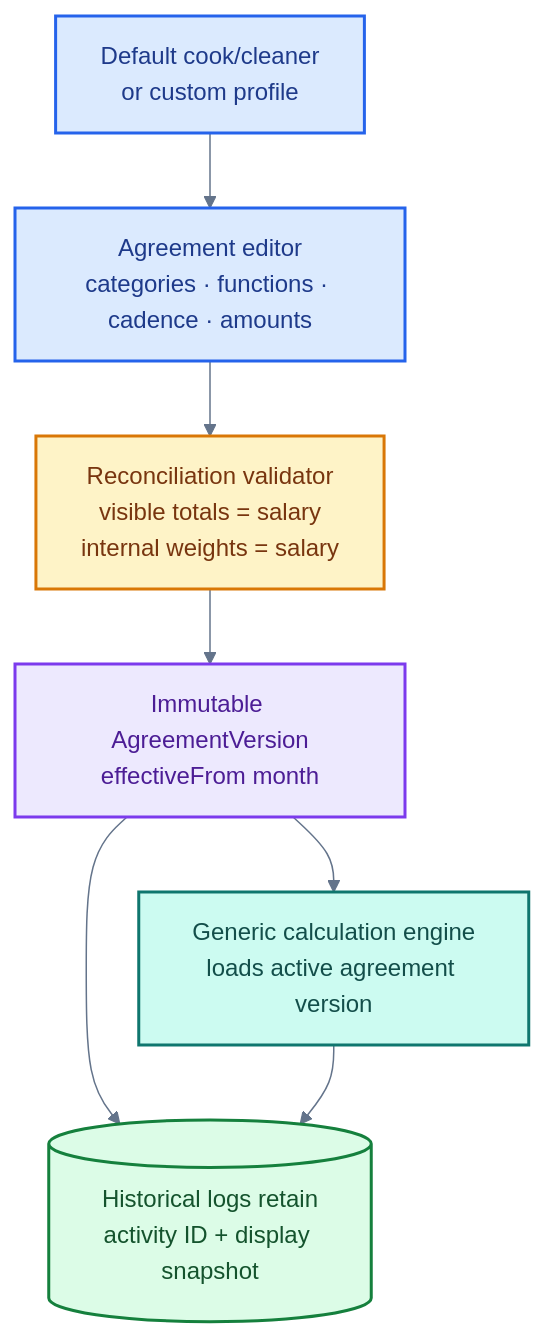
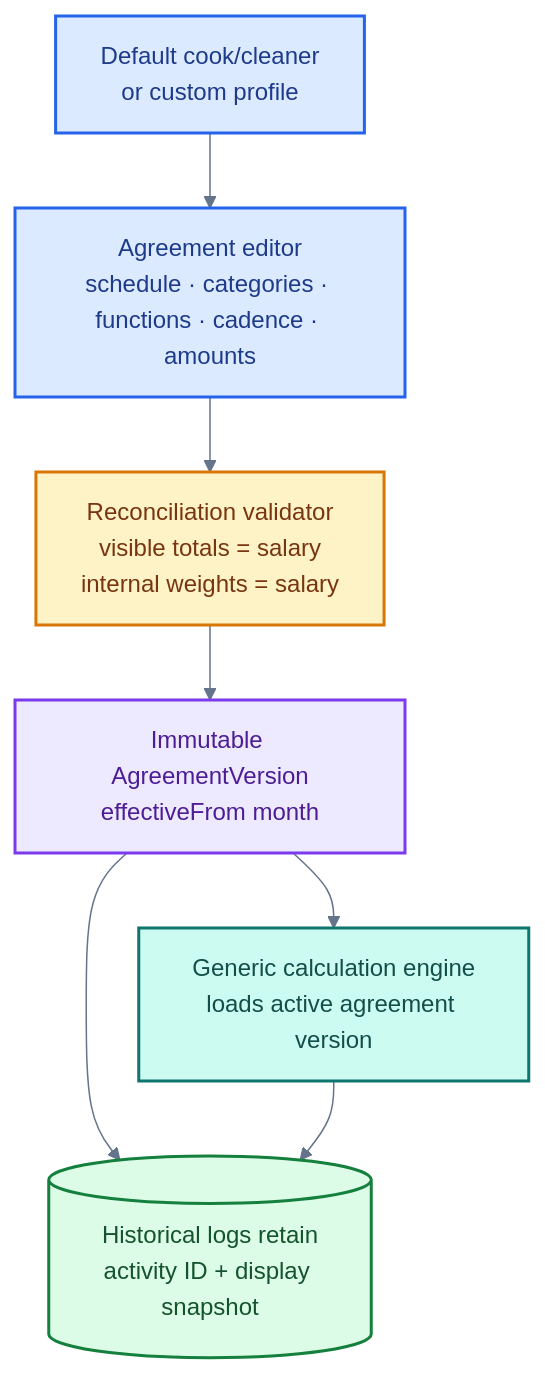
Before and after one commit to thechiranjeevjain/SaafHisaab: the tenth of 10 diagrams in docs/architecture/README.md, drawn with Mermaid. The commit also changed other lines of this file and 21 other files, not shown here.

````diff
--- a/docs/architecture/README.md
+++ b/docs/architecture/README.md
@@ -479,20 +488,20 @@
 ```mermaid
 %%{init: {"theme":"base","themeVariables":{"lineColor":"#64748b","fontFamily":"Inter,Segoe UI,sans-serif"}}}%%
 flowchart TB
   TEMPLATE[Default cook/cleaner<br/>or custom profile]:::current
-  EDITOR[Agreement editor<br/>categories · functions · cadence · amounts]:::current
+  EDITOR[Agreement editor<br/>schedule · categories · functions · cadence · amounts]:::current
   VALIDATE[Reconciliation validator<br/>visible totals = salary<br/>internal weights = salary]:::guard
   VERSION[Immutable AgreementVersion<br/>effectiveFrom month]:::version
   ENGINE[Generic calculation engine<br/>loads active agreement version]:::engine
   HISTORY[(Historical logs retain<br/>activity ID + display snapshot)]:::data
 
   TEMPLATE --> EDITOR --> VALIDATE --> VERSION --> ENGINE
   VERSION --> HISTORY
   ENGINE --> HISTORY
 
   classDef current fill:#dbeafe,stroke:#2563eb,color:#1e3a8a,stroke-width:2px;
   classDef guard fill:#fef3c7,stroke:#d97706,color:#78350f,stroke-width:2px;
   classDef version fill:#ede9fe,stroke:#7c3aed,color:#4c1d95,stroke-width:2px;
   classDef engine fill:#ccfbf1,stroke:#0f766e,color:#134e4a,stroke-width:2px;
   classDef data fill:#dcfce7,stroke:#15803d,color:#14532d,stroke-width:2px;
 ```
````
